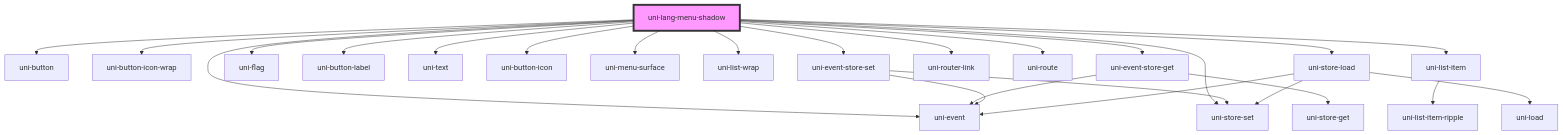
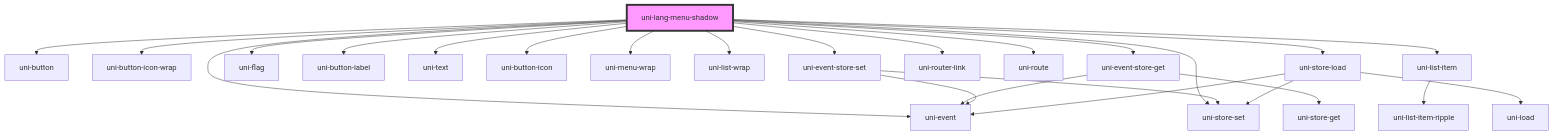
One commit to uiregex/uni-localize changed the diagram in src/lang-menu/components/shadow/readme.md. Above: the diagram before and after it, drawn with Mermaid. The commit also changed other lines of this file and 6 other files, not shown here.

Commit message:
rename: menu-surface -> menu-wrap

````diff
--- a/src/lang-menu/components/shadow/readme.md
+++ b/src/lang-menu/components/shadow/readme.md
@@ -47,28 +47,28 @@
 ```mermaid
 graph TD;
   uni-lang-menu-shadow --> uni-event
   uni-lang-menu-shadow --> uni-store-set
   uni-lang-menu-shadow --> uni-button
   uni-lang-menu-shadow --> uni-button-icon-wrap
   uni-lang-menu-shadow --> uni-event-store-get
   uni-lang-menu-shadow --> uni-flag
   uni-lang-menu-shadow --> uni-button-label
   uni-lang-menu-shadow --> uni-text
   uni-lang-menu-shadow --> uni-button-icon
-  uni-lang-menu-shadow --> uni-menu-surface
+  uni-lang-menu-shadow --> uni-menu-wrap
   uni-lang-menu-shadow --> uni-list-wrap
   uni-lang-menu-shadow --> uni-event-store-set
   uni-lang-menu-shadow --> uni-router-link
   uni-lang-menu-shadow --> uni-route
   uni-lang-menu-shadow --> uni-list-item
   uni-lang-menu-shadow --> uni-store-load
   uni-event-store-get --> uni-event
   uni-event-store-get --> uni-store-get
   uni-event-store-set --> uni-event
   uni-event-store-set --> uni-store-set
   uni-list-item --> uni-list-item-ripple
   uni-store-load --> uni-event
   uni-store-load --> uni-store-set
   uni-store-load --> uni-load
   style uni-lang-menu-shadow fill:#f9f,stroke:#333,stroke-width:4px
 ```
````
